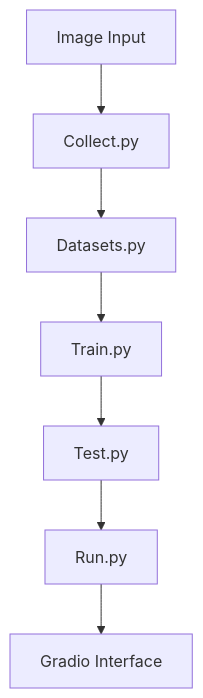
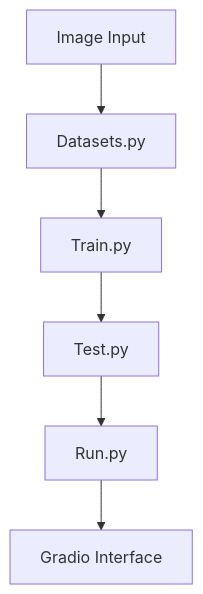
Before and after one commit to Mushrum-mmb/ResNet-Implementation-Drafts: the diagram in README.md, drawn with Mermaid. The commit also changed other lines of this file, not shown here.

````diff
--- a/README.md
+++ b/README.md
@@ -243,9 +207,8 @@
 ```mermaid
 graph TD
-    A[Image Input] --> B[Collect.py]
-    B --> C[Datasets.py]
+    A[Image Input] --> C[Datasets.py]
     C --> D[Train.py]
     D --> E[Test.py]
     E --> F[Run.py]
     F --> G[Gradio Interface]
 ```
````
